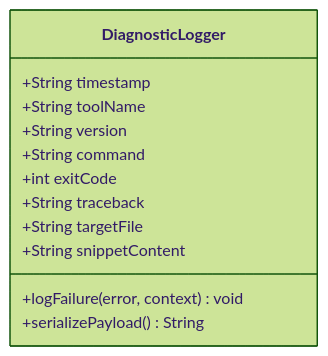
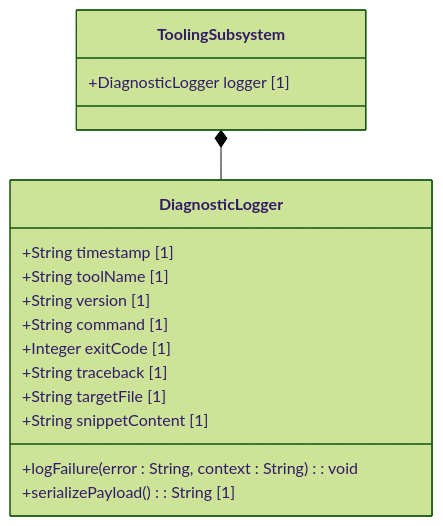
The diagram in docs/features/feat-04-diagnostic-payload-generation.md (gintatkinson/digital-pipeline-repo), drawn with Mermaid (forest theme) before and after one commit. The commit also changed other lines of this file and 8 other files, not shown here.

````diff
--- a/docs/features/feat-04-diagnostic-payload-generation.md
+++ b/docs/features/feat-04-diagnostic-payload-generation.md
@@ -13,15 +18,19 @@
 ```mermaid
 classDiagram
+    class ToolingSubsystem {
+        +DiagnosticLogger logger [1]
+    }
     class DiagnosticLogger {
-        +String timestamp
-        +String toolName
-        +String version
-        +String command
-        +int exitCode
-        +String traceback
-        +String targetFile
-        +String snippetContent
-        +logFailure(error, context) void
-        +serializePayload() String
+        +String timestamp [1]
+        +String toolName [1]
+        +String version [1]
+        +String command [1]
+        +Integer exitCode [1]
+        +String traceback [1]
+        +String targetFile [1]
+        +String snippetContent [1]
+        +logFailure(error : String, context : String) : void
+        +serializePayload() : String [1]
     }
+    ToolingSubsystem *-- DiagnosticLogger
 ```
````
